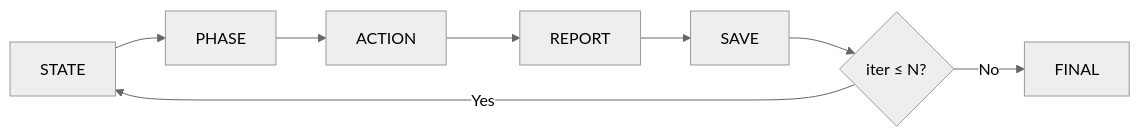
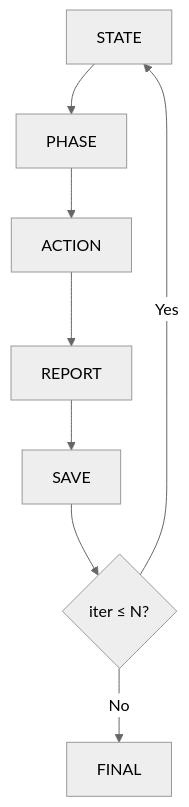
One commit to dorukardahan/ralph-audit-commands changed the first of 2 diagrams in README.md. Above: the diagram before and after it, drawn with Mermaid (neutral theme). The commit also changed other lines of this file, not shown here.

Commit message:
Fix mermaid diagrams - use TB layout to avoid GitHub control button overlap

````diff
--- a/README.md
+++ b/README.md
@@ -30,10 +30,10 @@
 ```mermaid
-flowchart LR
+flowchart TB
     A[STATE] --> B[PHASE]
     B --> C[ACTION]
     C --> D[REPORT]
     D --> E[SAVE]
     E --> F{iter ≤ N?}
     F -->|Yes| A
     F -->|No| G[FINAL]
 ```
````
